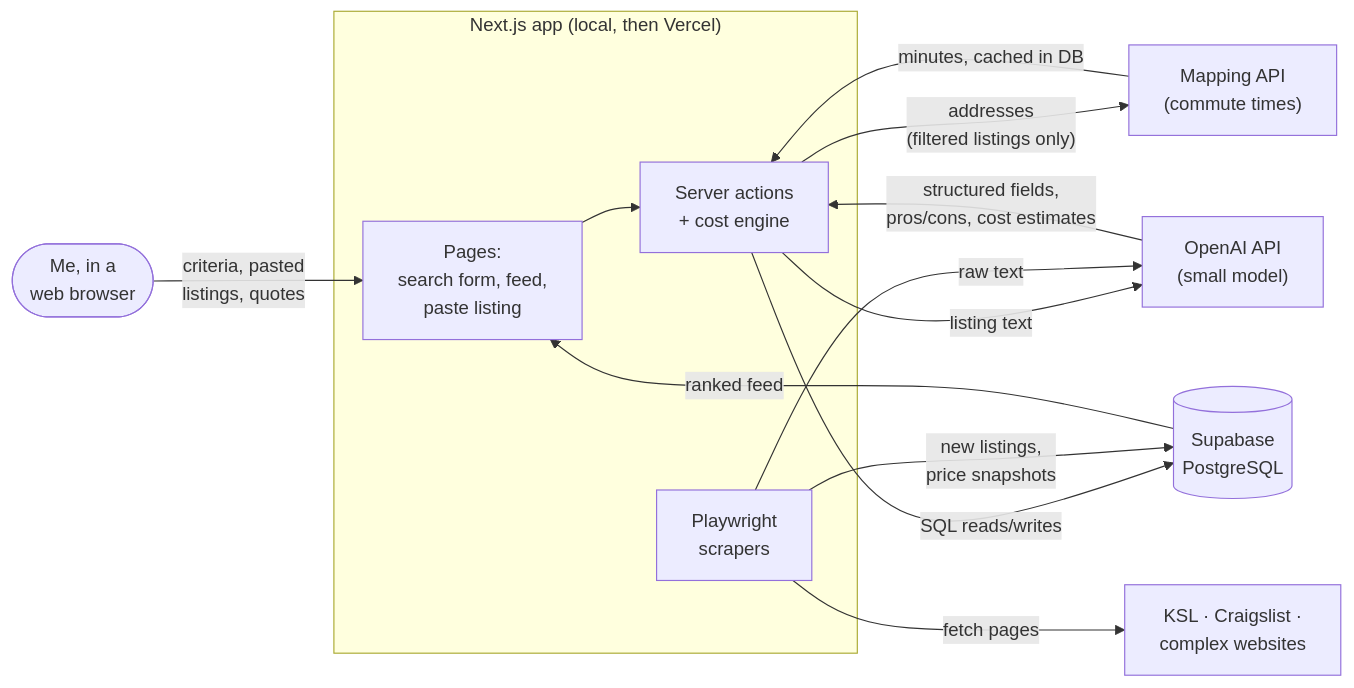
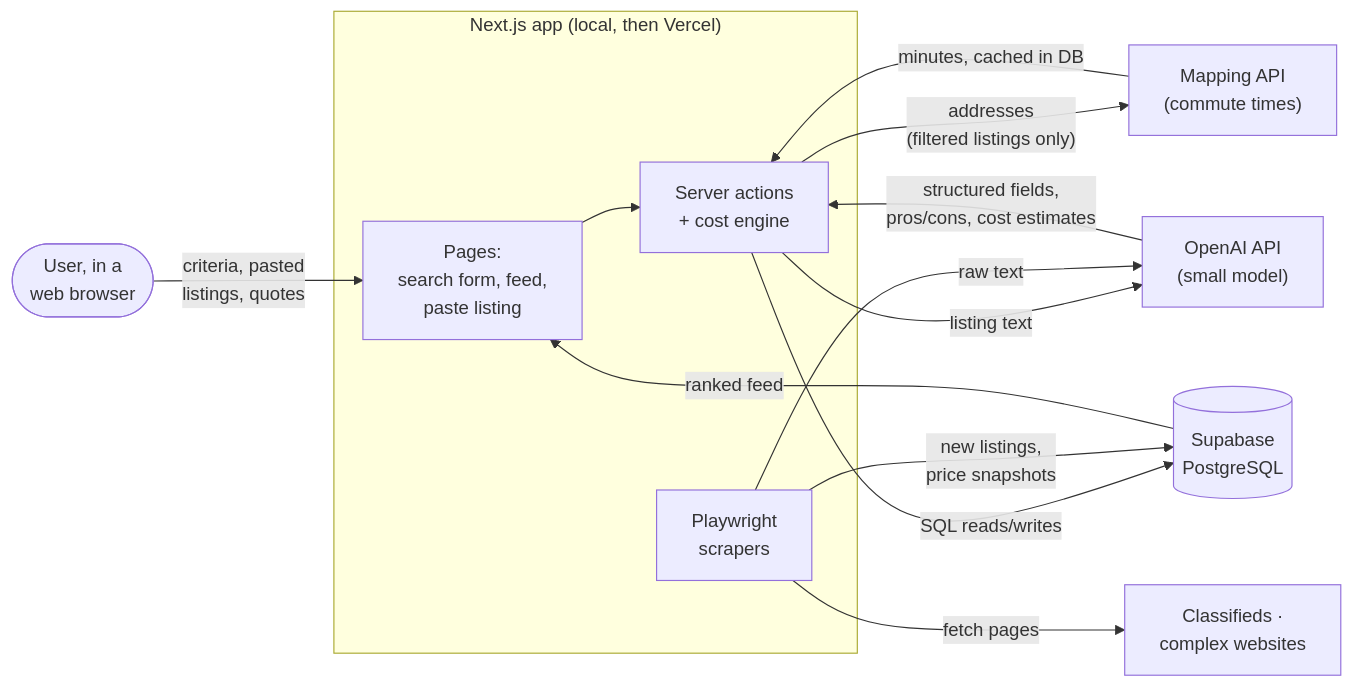
One commit to Cate444/ApartmentFinder changed the third of 3 diagrams in PROPOSAL.md. Above: the diagram before and after it, drawn with Mermaid. The commit also changed other lines of this file, not shown here.

````diff
--- a/PROPOSAL.md
+++ b/PROPOSAL.md
@@ -143,27 +145,27 @@
 ```mermaid
 flowchart LR
-    U(["Me, in a<br/>web browser"])
+    U(["User, in a<br/>web browser"])
 
     subgraph App["Next.js app (local, then Vercel)"]
         UI["Pages:<br/>search form, feed,<br/>paste listing"]
         SA["Server actions<br/>+ cost engine"]
         SC["Playwright<br/>scrapers"]
     end
 
     DB[("Supabase<br/>PostgreSQL")]
     AI["OpenAI API<br/>(small model)"]
     MAP["Mapping API<br/>(commute times)"]
-    WEB["KSL · Craigslist ·<br/>complex websites"]
+    WEB["Classifieds ·<br/>complex websites"]
 
     U -->|"criteria, pasted<br/>listings, quotes"| UI
     UI --> SA
     SA -->|"SQL reads/writes"| DB
     SA -->|"listing text"| AI
     AI -->|"structured fields,<br/>pros/cons, cost estimates"| SA
     SA -->|"addresses<br/>(filtered listings only)"| MAP
     MAP -->|"minutes, cached in DB"| SA
     SC -->|"fetch pages"| WEB
     SC -->|"raw text"| AI
     SC -->|"new listings,<br/>price snapshots"| DB
     DB -->|"ranked feed"| UI
 ```
````
